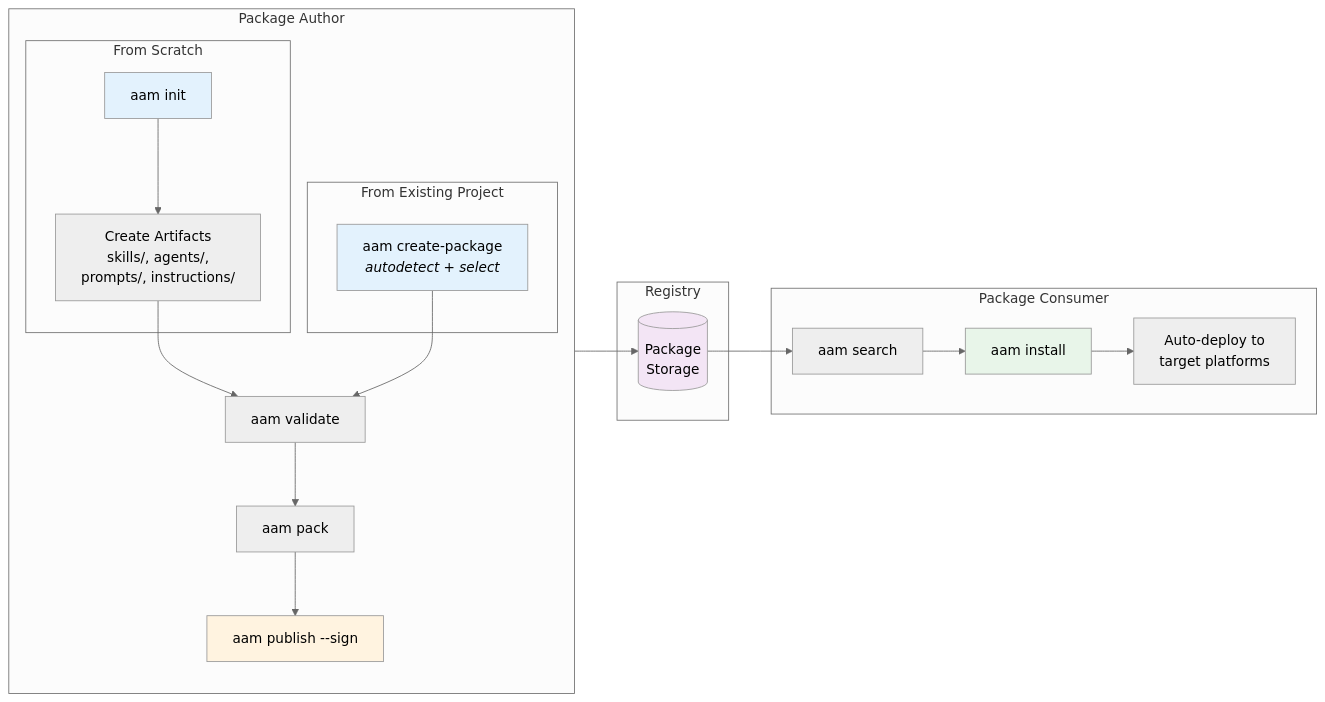
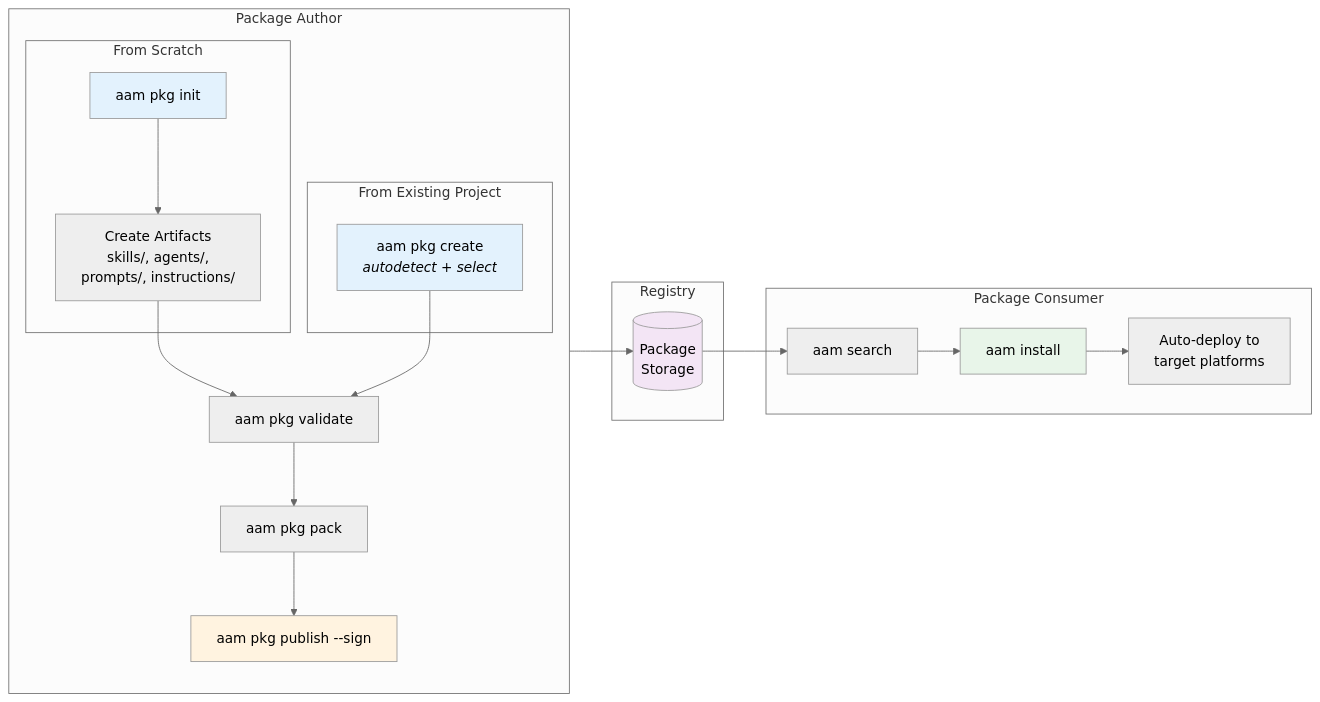
The first of 3 diagrams in docs/USER_GUIDE.md (spazyCZ/agent-package-manager), drawn with Mermaid (neutral theme) before and after one commit. The commit also changed other lines of this file and 1 other file, not shown here.

Commit message:
Implemented categorized help output and new commands for AAM CLI

````diff
--- a/docs/USER_GUIDE.md
+++ b/docs/USER_GUIDE.md
@@ -30,46 +30,46 @@
 ```mermaid
 flowchart LR
     subgraph Author["Package Author"]
         direction TB
         
         subgraph NewPkg["From Scratch"]
-            Init["aam init"]
+            Init["aam pkg init"]
             CreateNew["Create Artifacts<br/>skills/, agents/,<br/>prompts/, instructions/"]
         end
         
         subgraph ExistingPkg["From Existing Project"]
-            CreatePkg["aam create-package<br/><i>autodetect + select</i>"]
+            CreatePkg["aam pkg create<br/><i>autodetect + select</i>"]
         end
         
-        Validate["aam validate"]
-        Pack["aam pack"]
-        Publish["aam publish --sign"]
+        Validate["aam pkg validate"]
+        Pack["aam pkg pack"]
+        Publish["aam pkg publish --sign"]
     end
     
     subgraph Registry["Registry"]
         Store[(Package<br/>Storage)]
     end
     
     subgraph Consumer["Package Consumer"]
         Search["aam search"]
         Install["aam install"]
         Deploy["Auto-deploy to<br/>target platforms"]
     end
     
     Init --> CreateNew
     CreateNew --> Validate
     CreatePkg --> Validate
     Validate --> Pack
     Pack --> Publish
     Publish --> Store
     
     Store --> Search
     Search --> Install
     Install --> Deploy
     
     style Init fill:#e3f2fd
     style CreatePkg fill:#e3f2fd
     style Publish fill:#fff3e0
     style Store fill:#f3e5f5
     style Install fill:#e8f5e9
 ```
````
